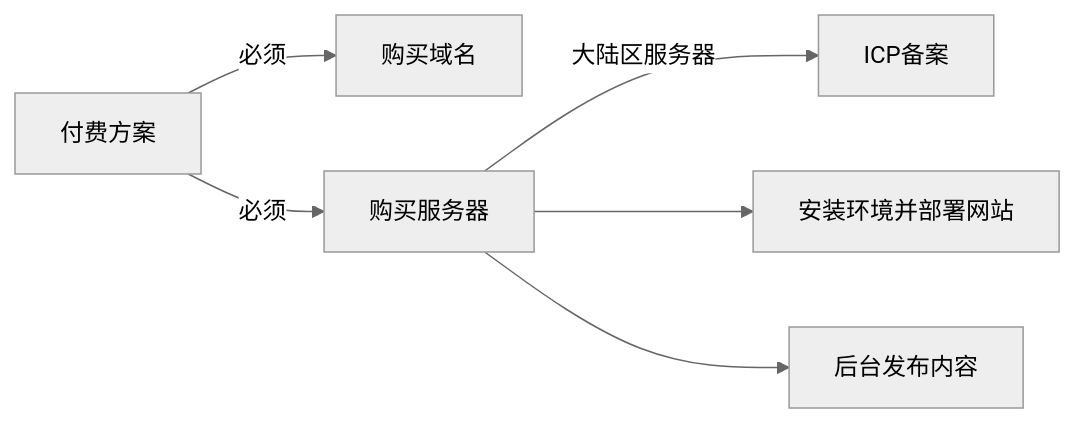
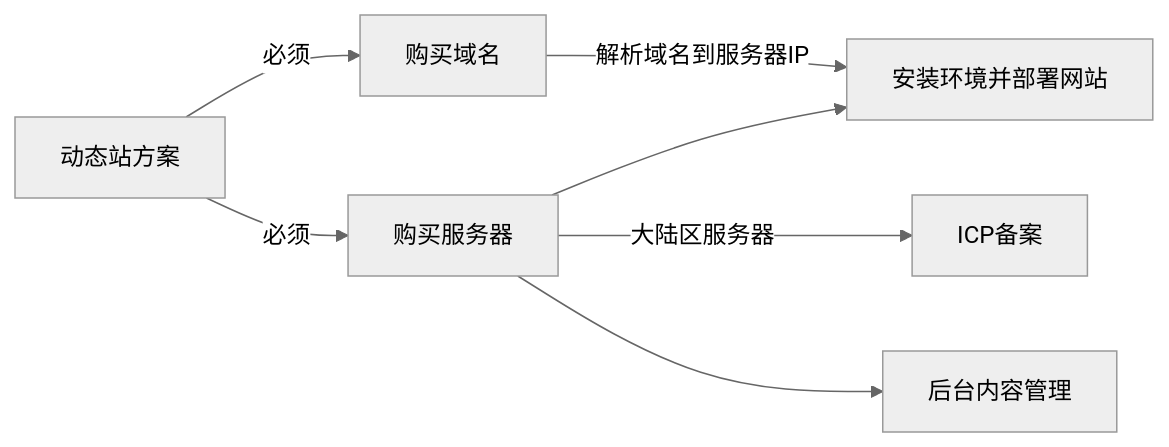
The fourth of 4 diagrams in source/_posts/guide/how-to-build-site-2.md (828767/action-hexo), drawn with Mermaid (neutral theme) before and after one commit. The commit also changed other lines of this file, not shown here.

````diff
--- a/source/_posts/guide/how-to-build-site-2.md
+++ b/source/_posts/guide/how-to-build-site-2.md
@@ -54,6 +56,7 @@
 ```mermaid
 flowchart LR;
-付费方案 --必须--> 购买域名 & 购买服务器
+动态站方案 --必须--> 购买域名 & 购买服务器
+购买域名 --解析域名到服务器IP--> 安装环境并部署网站
 购买服务器 --大陆区服务器--> ICP备案
-购买服务器 --> 安装环境并部署网站 & 后台发布内容
+购买服务器 --> 安装环境并部署网站 & 后台内容管理
 ```
````
